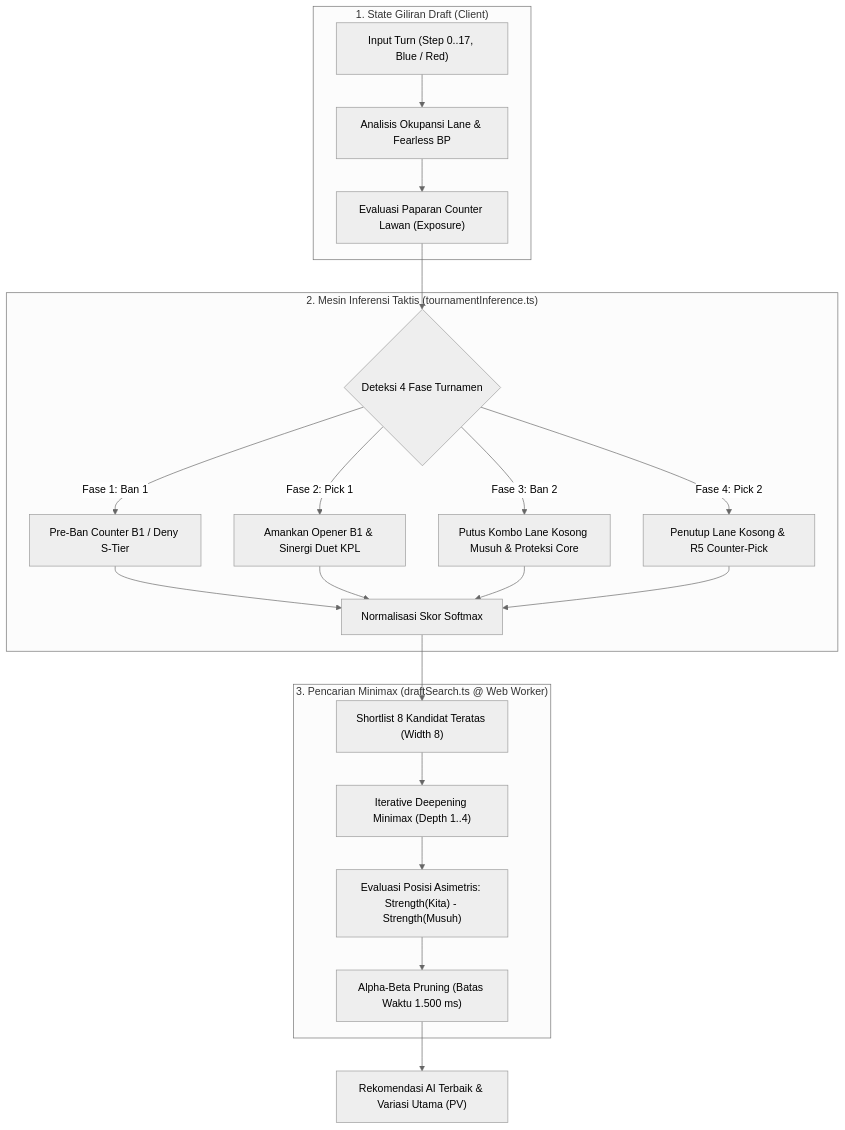
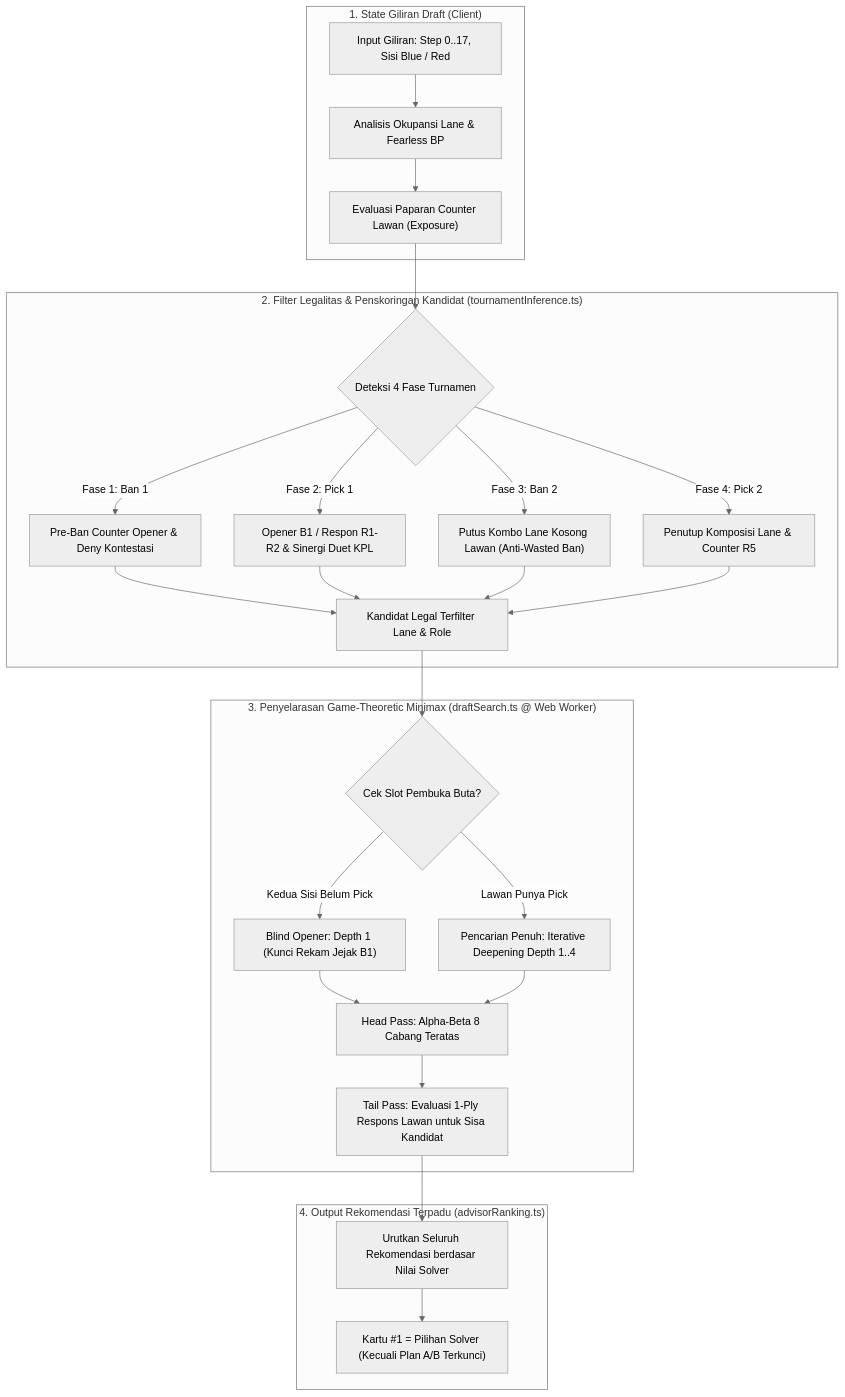
One commit to Andndre/hok-draft-engine changed the first of 2 diagrams in README.md. Above: the diagram before and after it, drawn with Mermaid (neutral theme). The commit also changed other lines of this file, not shown here.

First line of the commit message:
docs(readme): selaraskan arsitektur algoritma, rumus taktis, dan flowchart turnamen

````diff
--- a/README.md
+++ b/README.md
@@ -20,29 +21,34 @@
 ```mermaid
 flowchart TD
     subgraph ClientState["1. State Giliran Draft (Client)"]
-        A["Input Turn (Step 0..17, Blue / Red)"] --> B["Analisis Okupansi Lane & Fearless BP"]
+        A["Input Giliran: Step 0..17, Sisi Blue / Red"] --> B["Analisis Okupansi Lane & Fearless BP"]
         B --> C["Evaluasi Paparan Counter Lawan (Exposure)"]
     end
 
-    subgraph InferenceEngine["2. Mesin Inferensi Taktis (tournamentInference.ts)"]
+    subgraph InferenceEngine["2. Filter Legalitas & Penskoringan Kandidat (tournamentInference.ts)"]
         C --> D{"Deteksi 4 Fase Turnamen"}
-        D -->|Fase 1: Ban 1| E1["Pre-Ban Counter B1 / Deny S-Tier"]
-        D -->|Fase 2: Pick 1| E2["Amankan Opener B1 & Sinergi Duet KPL"]
-        D -->|Fase 3: Ban 2| E3["Putus Kombo Lane Kosong Musuh & Proteksi Core"]
-        D -->|Fase 4: Pick 2| E4["Penutup Lane Kosong & R5 Counter-Pick"]
-        
-        E1 --> F["Normalisasi Skor Softmax"]
+        D -->|Fase 1: Ban 1| E1["Pre-Ban Counter Opener & Deny Kontestasi"]
+        D -->|Fase 2: Pick 1| E2["Opener B1 / Respon R1-R2 & Sinergi Duet KPL"]
+        D -->|Fase 3: Ban 2| E3["Putus Kombo Lane Kosong Lawan (Anti-Wasted Ban)"]
+        D -->|Fase 4: Pick 2| E4["Penutup Komposisi Lane & Counter R5"]
+
+        E1 --> F["Kandidat Legal Terfilter Lane & Role"]
         E2 --> F
         E3 --> F
         E4 --> F
     end
 
-    subgraph SearchWorker["3. Pencarian Minimax (draftSearch.ts @ Web Worker)"]
-        F --> G["Shortlist 8 Kandidat Teratas (Width 8)"]
-        G --> H["Iterative Deepening Minimax (Depth 1..4)"]
-        H --> I["Evaluasi Posisi Asimetris: Strength(Kita) - Strength(Musuh)"]
-        I --> J["Alpha-Beta Pruning (Batas Waktu 1.500 ms)"]
+    subgraph SearchWorker["3. Penyelarasan Game-Theoretic Minimax (draftSearch.ts @ Web Worker)"]
+        F --> G{"Cek Slot Pembuka Buta?"}
+        G -->|Kedua Sisi Belum Pick| H1["Blind Opener: Depth 1 (Kunci Rekam Jejak B1)"]
+        G -->|Lawan Punya Pick| H2["Pencarian Penuh: Iterative Deepening Depth 1..4"]
+        H1 --> I["Head Pass: Alpha-Beta 8 Cabang Teratas"]
+        H2 --> I
+        I --> J["Tail Pass: Evaluasi 1-Ply Respons Lawan untuk Sisa Kandidat"]
     end
 
-    J --> K["Rekomendasi AI Terbaik & Variasi Utama (PV)"]
+    subgraph UIOutput["4. Output Rekomendasi Terpadu (advisorRanking.ts)"]
+        J --> K["Urutkan Seluruh Rekomendasi berdasar Nilai Solver"]
+        K --> L["Kartu #1 = Pilihan Solver (Kecuali Plan A/B Terkunci)"]
+    end
 ```
````
